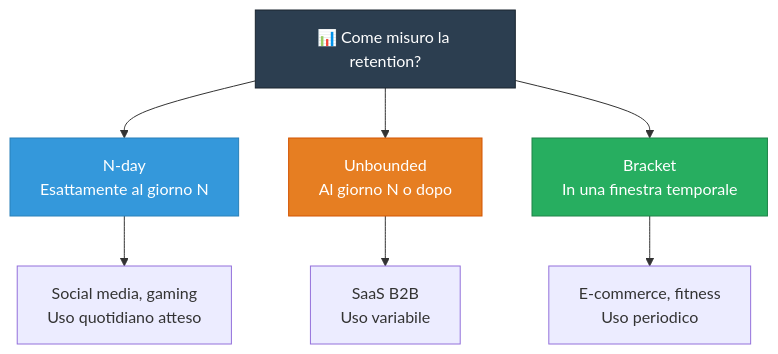
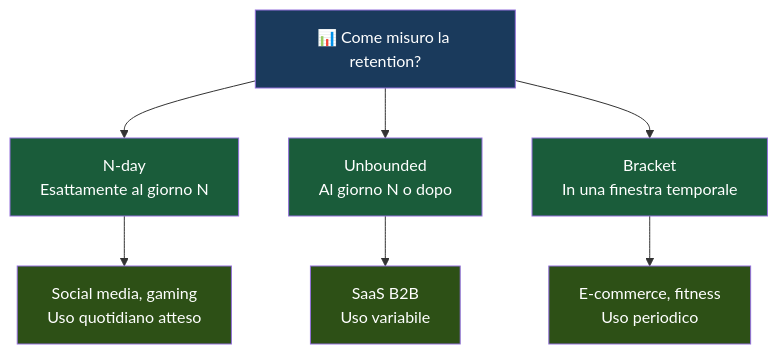
One commit to AndreyBertasini/gynnitech changed the first of 4 diagrams in src/content/corso/analisi-prodotto/retention-framework.mdx. Above: the diagram before and after it, drawn with Mermaid. The commit also changed other lines of this file and 21 other files, not shown here.

First line of the commit message:
style: applica color scheme semantico a tutti i diagrammi Mermaid del corso

````diff
--- a/src/content/corso/analisi-prodotto/retention-framework.mdx
+++ b/src/content/corso/analisi-prodotto/retention-framework.mdx
@@ -68,13 +68,16 @@
 ```mermaid
 graph TD
     RET["📊 Come misuro la retention?"] --> NDAY["N-day\nEsattamente al giorno N"]
     RET --> UNBOUND["Unbounded\nAl giorno N o dopo"]
     RET --> BRACKET["Bracket\nIn una finestra temporale"]
     NDAY --> NDAY_USE["Social media, gaming\nUso quotidiano atteso"]
     UNBOUND --> UNBOUND_USE["SaaS B2B\nUso variabile"]
     BRACKET --> BRACKET_USE["E-commerce, fitness\nUso periodico"]
-    style RET fill:#2c3e50,stroke:#1a252f,color:#fff
-    style NDAY fill:#3498db,stroke:#2980b9,color:#fff
-    style UNBOUND fill:#e67e22,stroke:#d35400,color:#fff
-    style BRACKET fill:#27ae60,stroke:#1e8449,color:#fff
+    style RET fill:#1a3a5c,color:#ffffff
+    style NDAY fill:#1a5c3a,color:#ffffff
+    style UNBOUND fill:#1a5c3a,color:#ffffff
+    style BRACKET fill:#1a5c3a,color:#ffffff
+    style NDAY_USE fill:#2d5016,color:#ffffff
+    style UNBOUND_USE fill:#2d5016,color:#ffffff
+    style BRACKET_USE fill:#2d5016,color:#ffffff
 ```
````
